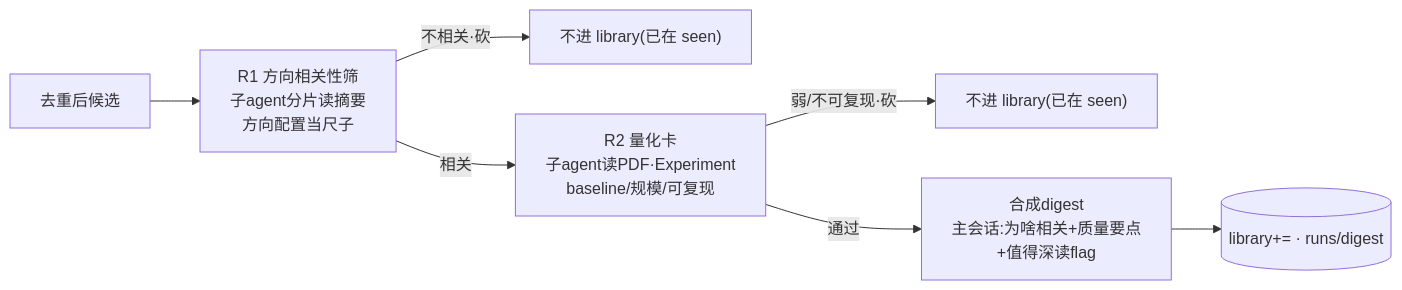
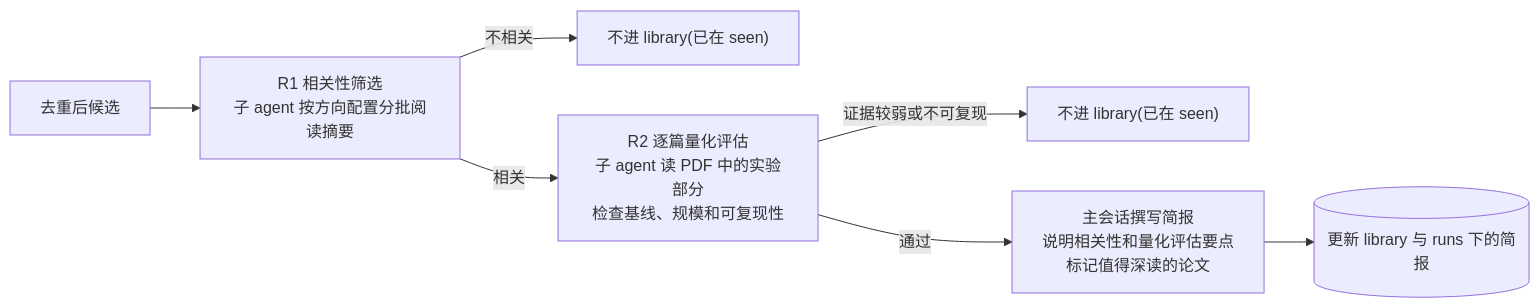
One commit to jackwang0108/dl-assistant changed the third of 3 diagrams in plugins/dl-assistant/skills/direction-tracking/SKILL.md. Above: the diagram before and after it, drawn with Mermaid. The commit also changed other lines of this file and 143 other files, not shown here.

````diff
--- a/plugins/dl-assistant/skills/direction-tracking/SKILL.md
+++ b/plugins/dl-assistant/skills/direction-tracking/SKILL.md
@@ -124,9 +124,9 @@
 ```mermaid
 flowchart LR
-    CAND["去重后候选"] --> R1["R1 方向相关性筛<br/>子agent分片读摘要<br/>方向配置当尺子"]
-    R1 -->|不相关·砍| OUT1["不进 library(已在 seen)"]
-    R1 -->|相关| R2["R2 量化卡<br/>子agent读PDF·Experiment<br/>baseline/规模/可复现"]
-    R2 -->|弱/不可复现·砍| OUT2["不进 library(已在 seen)"]
-    R2 -->|通过| SYN["合成digest<br/>主会话:为啥相关+质量要点<br/>+值得深读flag"]
-    SYN --> LIB[("library+= · runs/digest")]
+    CAND["去重后候选"] --> R1["R1 相关性筛选<br/>子 agent 按方向配置分批阅读摘要"]
+    R1 -->|不相关| OUT1["不进 library(已在 seen)"]
+    R1 -->|相关| R2["R2 逐篇量化评估<br/>子 agent 读 PDF 中的实验部分<br/>检查基线、规模和可复现性"]
+    R2 -->|证据较弱或不可复现| OUT2["不进 library(已在 seen)"]
+    R2 -->|通过| SYN["主会话撰写简报<br/>说明相关性和量化评估要点<br/>标记值得深读的论文"]
+    SYN --> LIB[("更新 library 与 runs 下的简报")]
 ```
````
